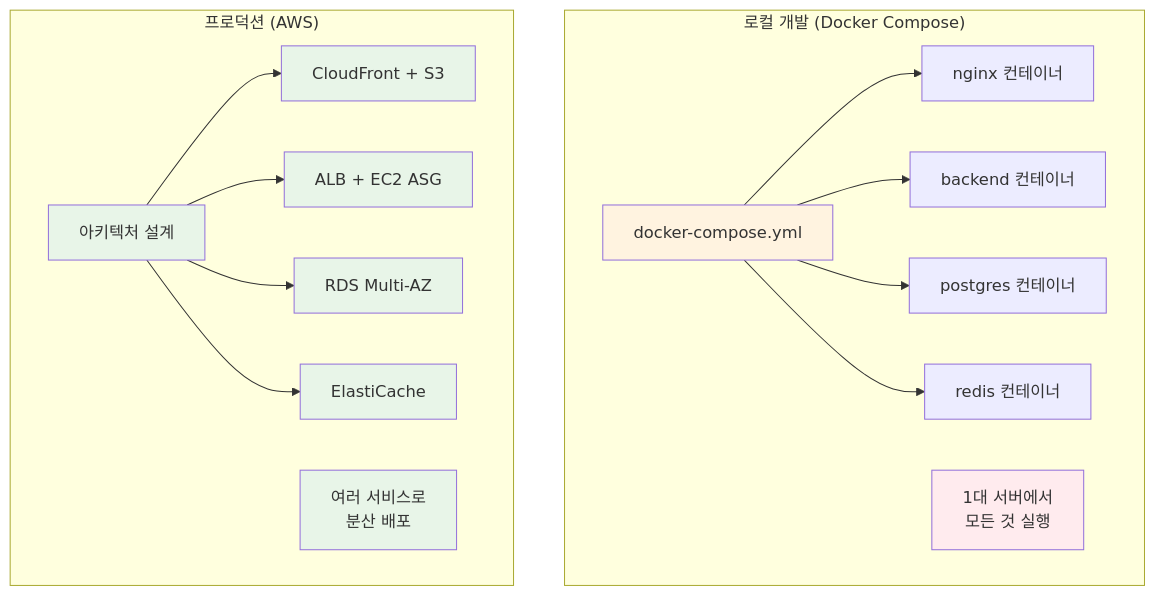
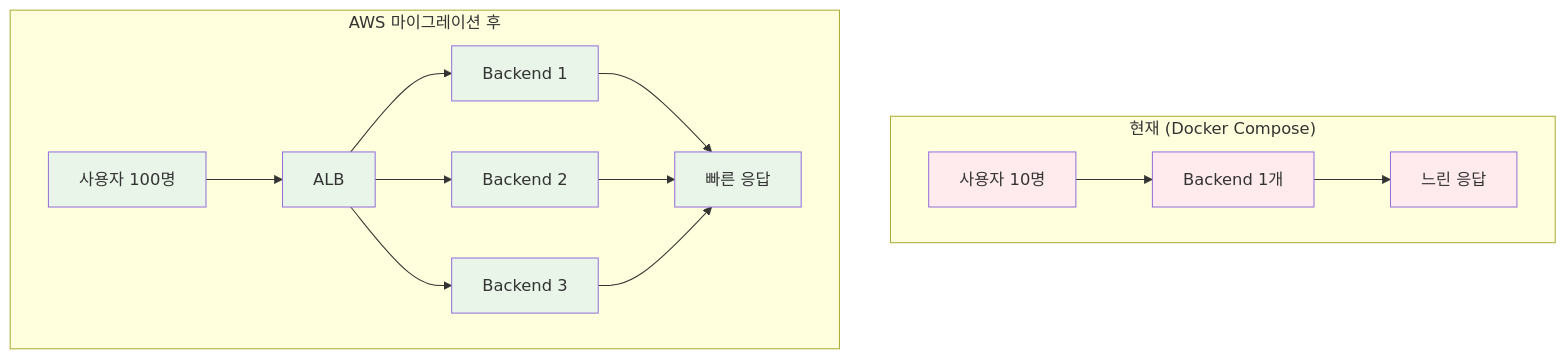
The fifth of 9 diagrams in theory/week_05/day5/session_1.md (niceguy61/kdt_devops_lecture_2025), drawn with Mermaid before and after one commit. The commit also changed other lines of this file, not shown here.

````diff
--- a/theory/week_05/day5/session_1.md
+++ b/theory/week_05/day5/session_1.md
@@ -34,27 +290,27 @@
 ```mermaid
 graph TB
-    subgraph "로컬 개발 (Docker Compose)"
-        A1[docker-compose.yml] --> B1[nginx 컨테이너]
-        A1 --> C1[backend 컨테이너]
-        A1 --> D1[postgres 컨테이너]
-        A1 --> E1[redis 컨테이너]
-        F1[1대 서버에서<br/>모든 것 실행]
+    subgraph "현재 (Docker Compose)"
+        A1[사용자 10명] --> B1[Backend 1개]
+        B1 --> C1[느린 응답]
     end
     
-    subgraph "프로덕션 (AWS)"
-        A2[아키텍처 설계] --> B2[CloudFront + S3]
-        A2 --> C2[ALB + EC2 ASG]
-        A2 --> D2[RDS Multi-AZ]
-        A2 --> E2[ElastiCache]
-        F2[여러 서비스로<br/>분산 배포]
+    subgraph "AWS 마이그레이션 후"
+        A2[사용자 100명] --> B2[ALB]
+        B2 --> C2[Backend 1]
+        B2 --> C3[Backend 2]
+        B2 --> C4[Backend 3]
+        C2 --> D2[빠른 응답]
+        C3 --> D2
+        C4 --> D2
     end
     
-    style A1 fill:#fff3e0
-    style F1 fill:#ffebee
+    style A1 fill:#ffebee
+    style B1 fill:#ffebee
+    style C1 fill:#ffebee
     style A2 fill:#e8f5e8
     style B2 fill:#e8f5e8
     style C2 fill:#e8f5e8
+    style C3 fill:#e8f5e8
+    style C4 fill:#e8f5e8
     style D2 fill:#e8f5e8
-    style E2 fill:#e8f5e8
-    style F2 fill:#e8f5e8
 ```
````
